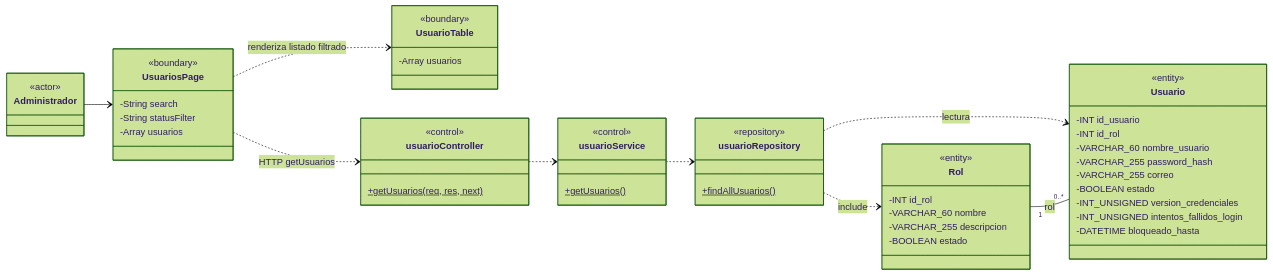
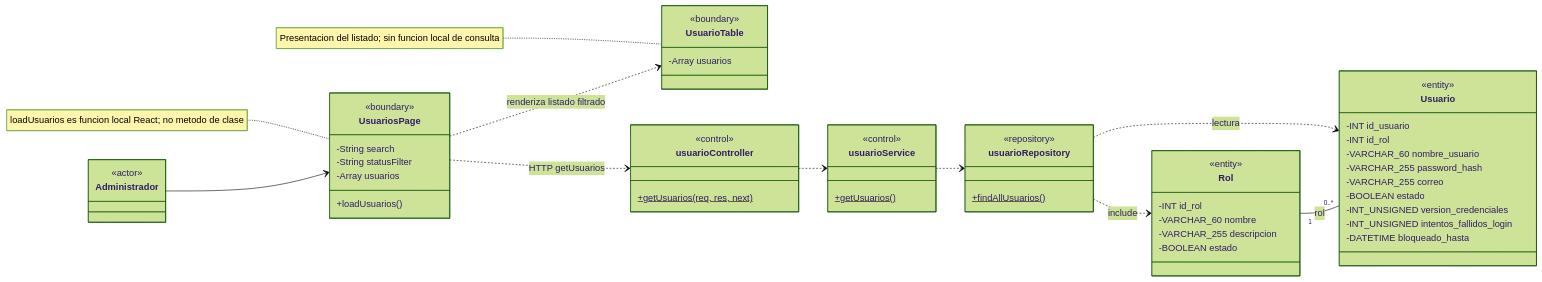
Before and after one commit to CreepyBowDev/cadefar-inventory-system: the fourth of 34 diagrams in docs/ai/analisis-clases-academico.md, drawn with Mermaid (forest theme). The commit also changed other lines of this file, not shown here.

````diff
--- a/docs/ai/analisis-clases-academico.md
+++ b/docs/ai/analisis-clases-academico.md
@@ -371,54 +396,57 @@
 ```mermaid
 classDiagram
     direction LR
     class Administrador { <<actor>> }
     class UsuariosPage {
         <<boundary>>
         -String search
         -String statusFilter
         -Array usuarios
+        +loadUsuarios()
     }
     class UsuarioTable {
         <<boundary>>
         -Array usuarios
     }
     class usuarioController {
         <<control>>
         +getUsuarios(req, res, next)$
     }
     class usuarioService {
         <<control>>
         +getUsuarios()$
     }
     class usuarioRepository {
         <<repository>>
         +findAllUsuarios()$
     }
     class Usuario {
         <<entity>>
         -INT id_usuario
         -INT id_rol
         -VARCHAR_60 nombre_usuario
         -VARCHAR_255 password_hash
         -VARCHAR_255 correo
         -BOOLEAN estado
         -INT_UNSIGNED version_credenciales
         -INT_UNSIGNED intentos_fallidos_login
         -DATETIME bloqueado_hasta
     }
     class Rol {
         <<entity>>
         -INT id_rol
         -VARCHAR_60 nombre
         -VARCHAR_255 descripcion
         -BOOLEAN estado
     }
     Administrador --> UsuariosPage
     UsuariosPage ..> UsuarioTable : renderiza listado filtrado
     UsuariosPage ..> usuarioController : HTTP getUsuarios
     usuarioController ..> usuarioService
     usuarioService ..> usuarioRepository
     usuarioRepository ..> Usuario : lectura
     usuarioRepository ..> Rol : include
     Rol "1" -- "0..*" Usuario : rol
+    note for UsuariosPage "loadUsuarios es funcion local React; no metodo de clase"
+    note for UsuarioTable "Presentacion del listado; sin funcion local de consulta"
 ```
````
